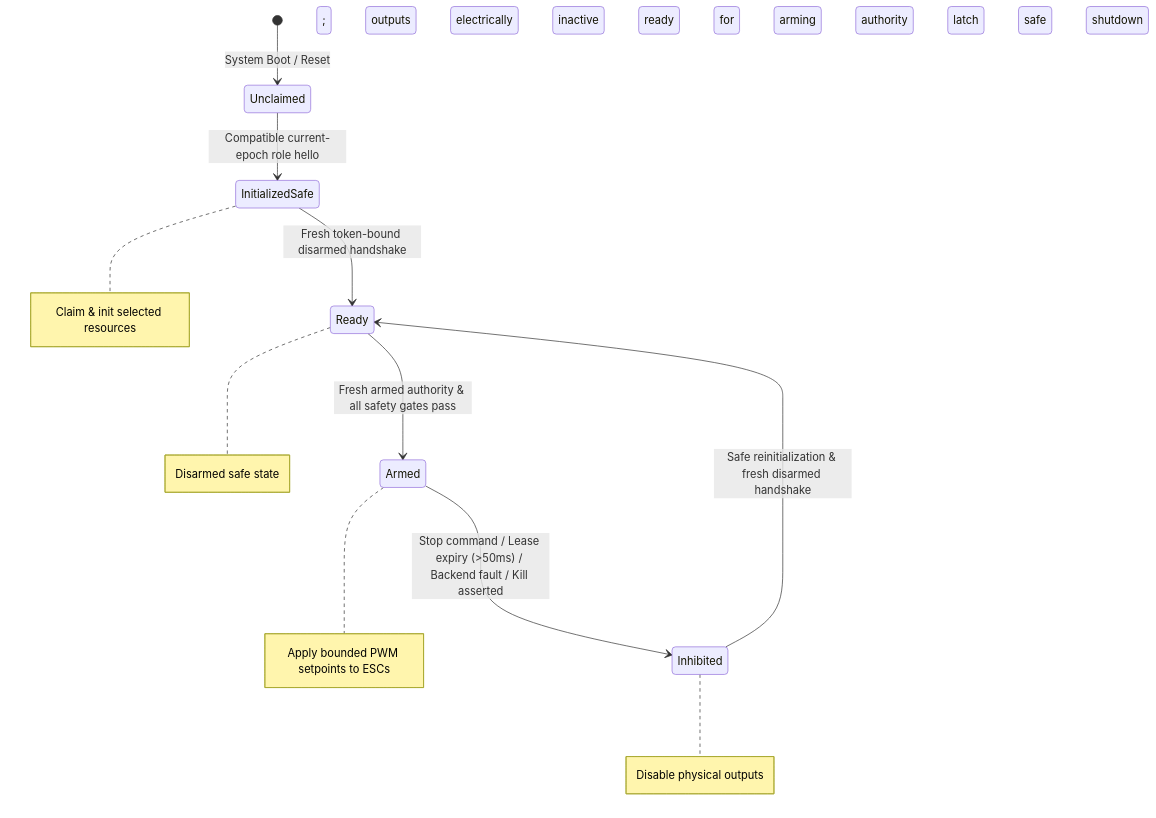
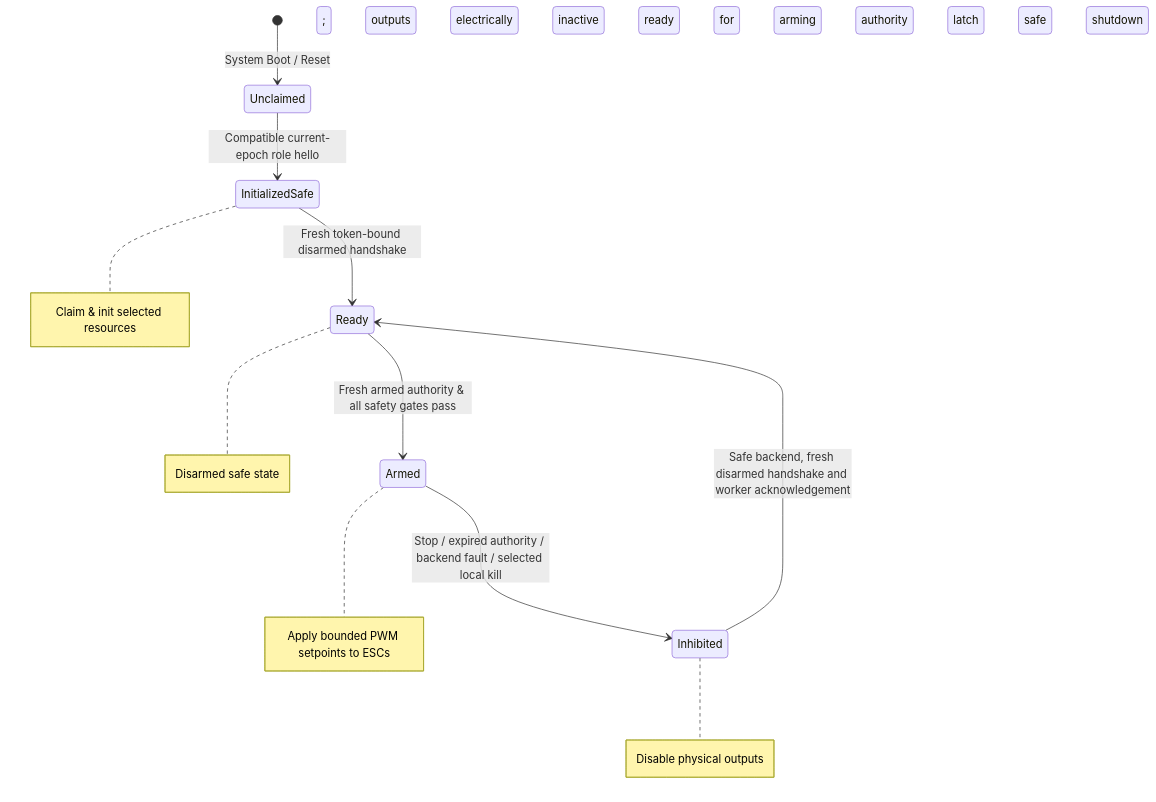
The second of 3 diagrams in docs/renesas/marketing/rzv2h-demo-actuator-safety-spec.md (nguyentri/PX4-Autopilot), drawn with Mermaid before and after one commit. The commit also changed other lines of this file and 14 other files, not shown here.

````diff
--- a/docs/renesas/marketing/rzv2h-demo-actuator-safety-spec.md
+++ b/docs/renesas/marketing/rzv2h-demo-actuator-safety-spec.md
@@ -90,18 +90,18 @@
 ```mermaid
 stateDiagram-v2
     [*] --> Unclaimed : System Boot / Reset
 
     Unclaimed --> InitializedSafe : Compatible current-epoch role hello
     note right of InitializedSafe : Claim & init selected resources; outputs electrically inactive
 
     InitializedSafe --> Ready : Fresh token-bound disarmed handshake
     note right of Ready : Disarmed safe state; ready for arming authority
 
     Ready --> Armed : Fresh armed authority & all safety gates pass
     note right of Armed : Apply bounded PWM setpoints to ESCs
 
-    Armed --> Inhibited : Stop command / Lease expiry (>50ms) / Backend fault / Kill asserted
+    Armed --> Inhibited : Stop / expired authority / backend fault / selected local kill
     note right of Inhibited : Disable physical outputs; latch safe shutdown
 
-    Inhibited --> Ready : Safe reinitialization & fresh disarmed handshake
+    Inhibited --> Ready : Safe backend, fresh disarmed handshake and worker acknowledgement
 ```
````
